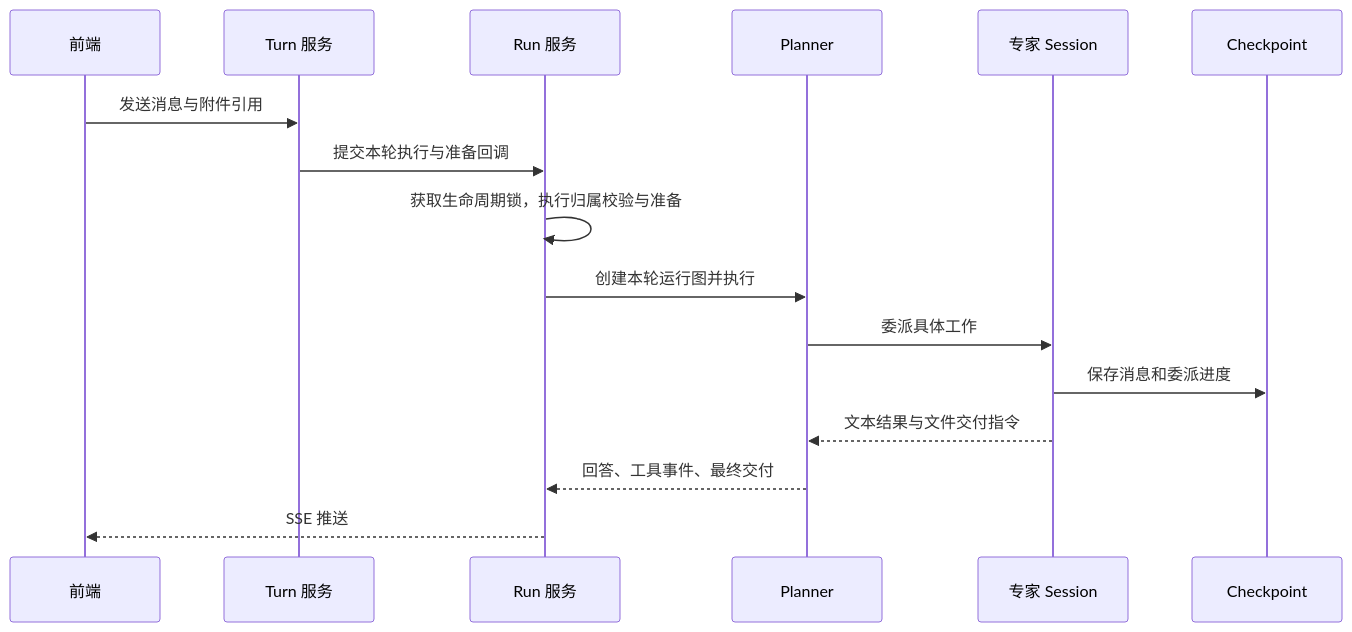
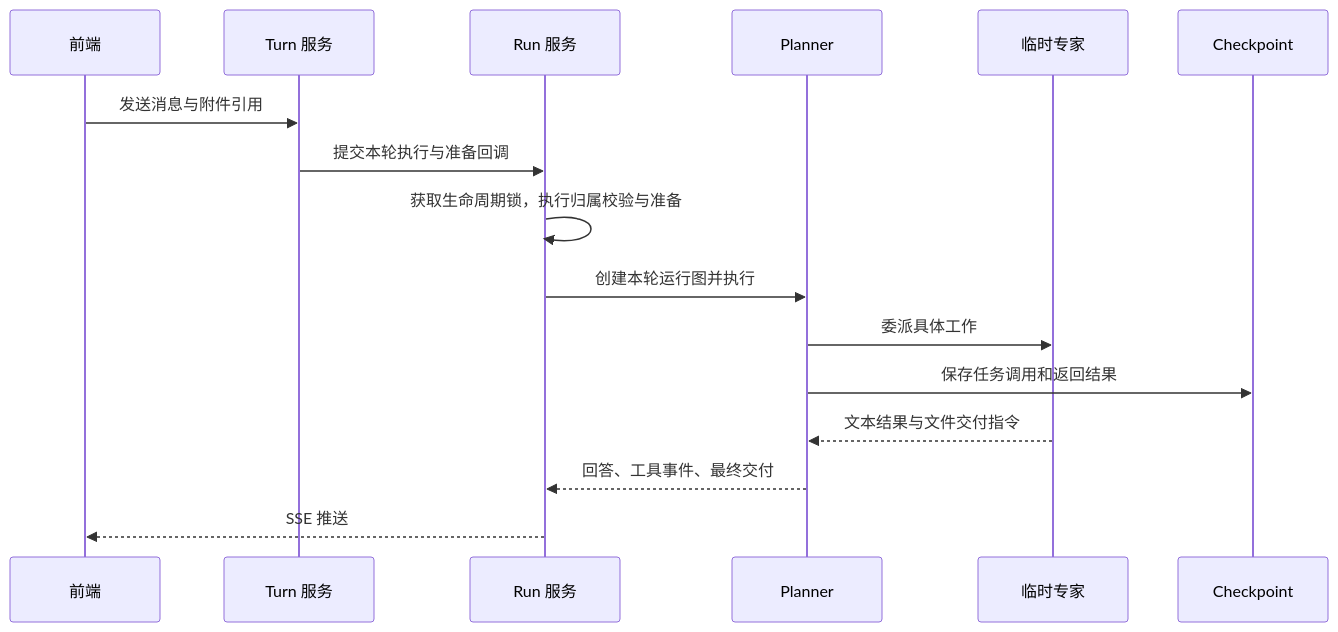
The second of 2 diagrams in docs/06_对话与多智能体协作.md (2739673455/dataagent), drawn with Mermaid before and after one commit. The commit also changed other lines of this file and 105 other files, not shown here.

````diff
--- a/docs/06_对话与多智能体协作.md
+++ b/docs/06_对话与多智能体协作.md
@@ -74,18 +69,18 @@
 ```mermaid
 sequenceDiagram
     participant UI as 前端
     participant Turn as Turn 服务
     participant Run as Run 服务
     participant Planner as Planner
-    participant Expert as 专家 Session
+    participant Expert as 临时专家
     participant PG as Checkpoint
     UI->>Turn: 发送消息与附件引用
     Turn->>Run: 提交本轮执行与准备回调
     Run->>Run: 获取生命周期锁，执行归属校验与准备
     Run->>Planner: 创建本轮运行图并执行
     Planner->>Expert: 委派具体工作
-    Expert->>PG: 保存消息和委派进度
+    Planner->>PG: 保存任务调用和返回结果
     Expert-->>Planner: 文本结果与文件交付指令
     Planner-->>Run: 回答、工具事件、最终交付
     Run-->>UI: SSE 推送
 ```
````
